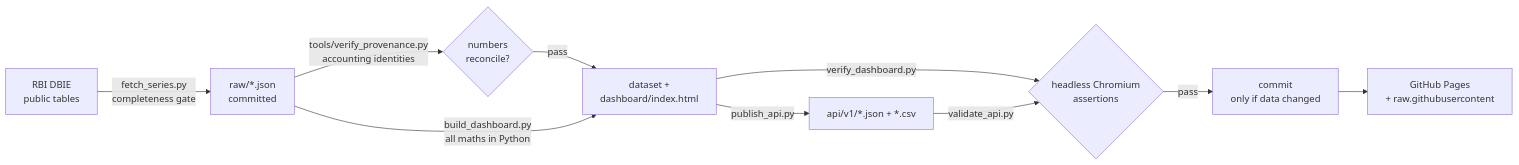
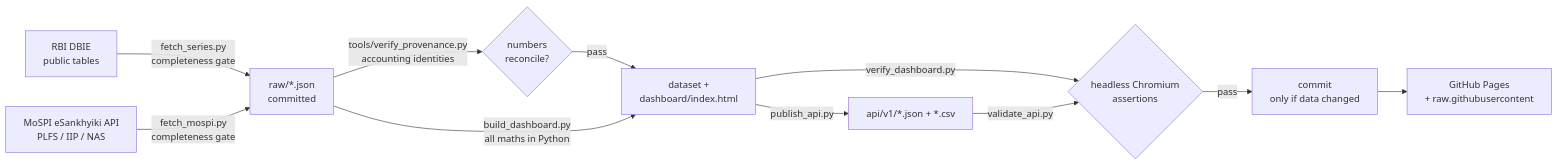
Before and after one commit to mayankmohan1992/india-macro-war-room: the diagram in README.md, drawn with Mermaid. The commit also changed other lines of this file and 78 other files, not shown here.

First line of the commit message:
Add the real-economy layer from MoSPI's API (PLFS, IIP, NAS)

````diff
--- a/README.md
+++ b/README.md
@@ -135,12 +164,13 @@
 ```mermaid
 flowchart LR
     A["RBI DBIE<br/>public tables"] -->|fetch_series.py<br/>completeness gate| B["raw/*.json<br/>committed"]
+    M["MoSPI eSankhyiki API<br/>PLFS / IIP / NAS"] -->|fetch_mospi.py<br/>completeness gate| B
     B -->|tools/verify_provenance.py<br/>accounting identities| P{"numbers<br/>reconcile?"}
     P -->|pass| C["dataset +<br/>dashboard/index.html"]
     B -->|build_dashboard.py<br/>all maths in Python| C
     C -->|publish_api.py| D["api/v1/*.json + *.csv"]
     C -->|verify_dashboard.py| E{"headless Chromium<br/>assertions"}
     D -->|validate_api.py| E
     E -->|pass| F["commit<br/>only if data changed"]
     F --> G["GitHub Pages<br/>+ raw.githubusercontent"]
 ```
````
